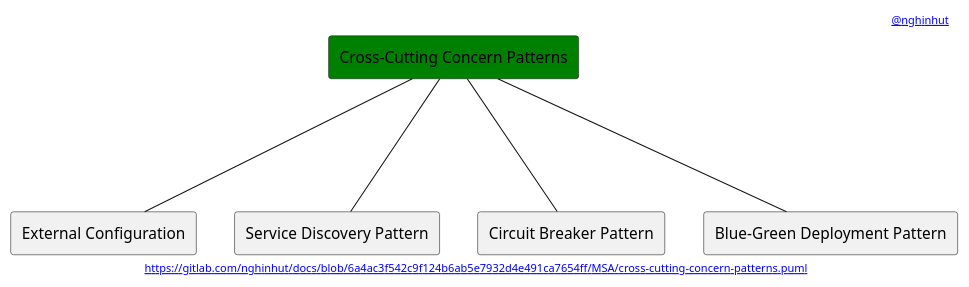
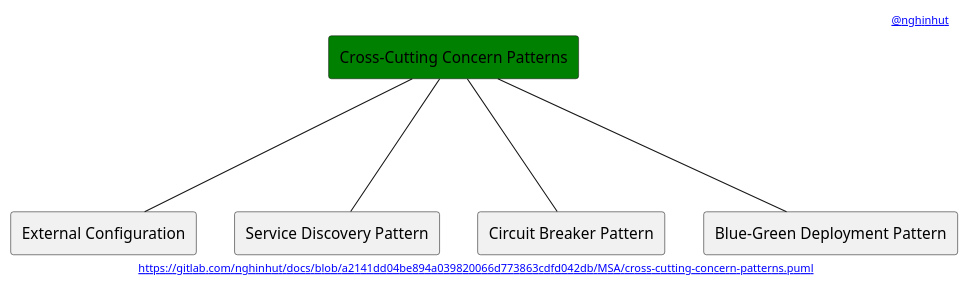
Before and after one commit to nghinhut/docs: the diagram in MSA/cross-cutting-concern-patterns.puml, drawn with PlantUML. The commit also changed 17 other files, not shown here.

Commit message:
Update diagrams

```diff
--- a/MSA/cross-cutting-concern-patterns.puml
+++ b/MSA/cross-cutting-concern-patterns.puml
@@ -1,18 +1,18 @@
 @startuml
 '-----START auto generated metadata please keep comment here to allow auto update-----
 '-----DON'T EDIT THIS SECTION, INSTEAD RE-RUN prebuild.sh TO UPDATE-----
-header [[www.nghinhut.dev?from=https%5C%3A%5C%2F%5C%2Fgitlab%5C.com%5C%2Fnghinhut%5C%2Fdocs%5C%2Fblob%5C%2F6a4ac3f542c9f124b6ab5e7932d4e491ca7654ff%5C%2FMSA%5C%2Fcross-cutting-concern-patterns%5C.puml%0A @nghinhut]]
-footer [[http://www.plantuml.com/plantuml/proxy?fmt=svg&src=https://gitlab.com/nghinhut/docs/raw/6a4ac3f542c9f124b6ab5e7932d4e491ca7654ff/MSA/cross-cutting-concern-patterns.puml https://gitlab.com/nghinhut/docs/blob/6a4ac3f542c9f124b6ab5e7932d4e491ca7654ff/MSA/cross-cutting-concern-patterns.puml]]
+header [[https://www.nghinhut.dev?from=http%5C%3A%5C%2F%5C%2Fwww%5C.plantuml%5C.com%5C%2Fplantuml%5C%2Fproxy%3Ffmt%3Dsvg%5C%26src%3Dhttps%5C%3A%5C%2F%5C%2Fgitlab%5C.com%5C%2Fnghinhut%5C%2Fdocs%5C%2Fraw%5C%2Fa2141dd04be894a039820066d773863cdfd042db%5C%2FMSA%5C%2Fcross-cutting-concern-patterns%5C.puml%0A @nghinhut]]
+footer [[http://www.plantuml.com/plantuml/proxy?fmt=svg&src=https://gitlab.com/nghinhut/docs/raw/a2141dd04be894a039820066d773863cdfd042db/MSA/cross-cutting-concern-patterns.puml https://gitlab.com/nghinhut/docs/blob/a2141dd04be894a039820066d773863cdfd042db/MSA/cross-cutting-concern-patterns.puml]]
 '-----END auto generated metadata please keep comment here to allow auto update-----
 
 rectangle "Cross-Cutting Concern Patterns" as CrossCuttingConcern #green
 
 rectangle "External Configuration" as CrossCuttingConcernP1
 rectangle "Service Discovery Pattern" as CrossCuttingConcernP2
 rectangle "Circuit Breaker Pattern" as CrossCuttingConcernP3
 rectangle "Blue-Green Deployment Pattern" as CrossCuttingConcernP4
 CrossCuttingConcern --- CrossCuttingConcernP1
 CrossCuttingConcern --- CrossCuttingConcernP2
 CrossCuttingConcern --- CrossCuttingConcernP3
 CrossCuttingConcern --- CrossCuttingConcernP4
 @enduml
```
